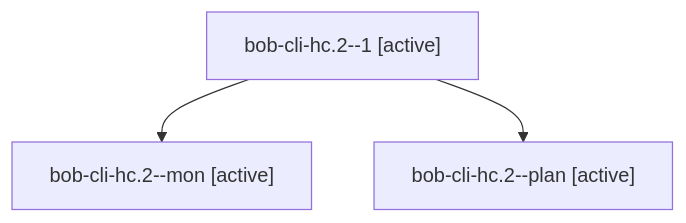
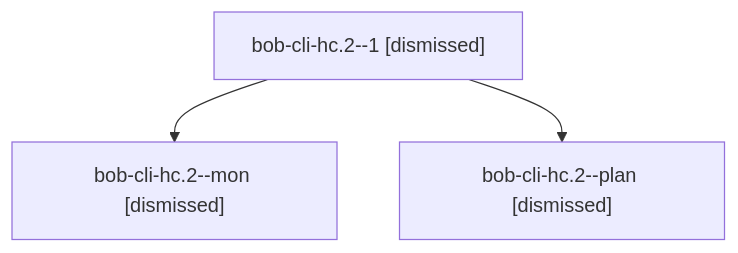
Before and after one commit to bobs-org/bob-cli--agents: the diagram in sessions/bbugyi200.apollo.bob-cli-hc.2.md, drawn with Mermaid. The commit also changed other lines of this file and 222 other files, not shown here.

````diff
--- a/sessions/bbugyi200.apollo.bob-cli-hc.2.md
+++ b/sessions/bbugyi200.apollo.bob-cli-hc.2.md
@@ -9,8 +9,8 @@
 ```mermaid
 flowchart TD
-  n0["bob-cli-hc.2--1 [active]"]
-  n1["bob-cli-hc.2--mon [active]"]
+  n0["bob-cli-hc.2--1 [dismissed]"]
+  n1["bob-cli-hc.2--mon [dismissed]"]
   n0 --> n1
-  n2["bob-cli-hc.2--plan [active]"]
+  n2["bob-cli-hc.2--plan [dismissed]"]
   n0 --> n2
 ```
````
